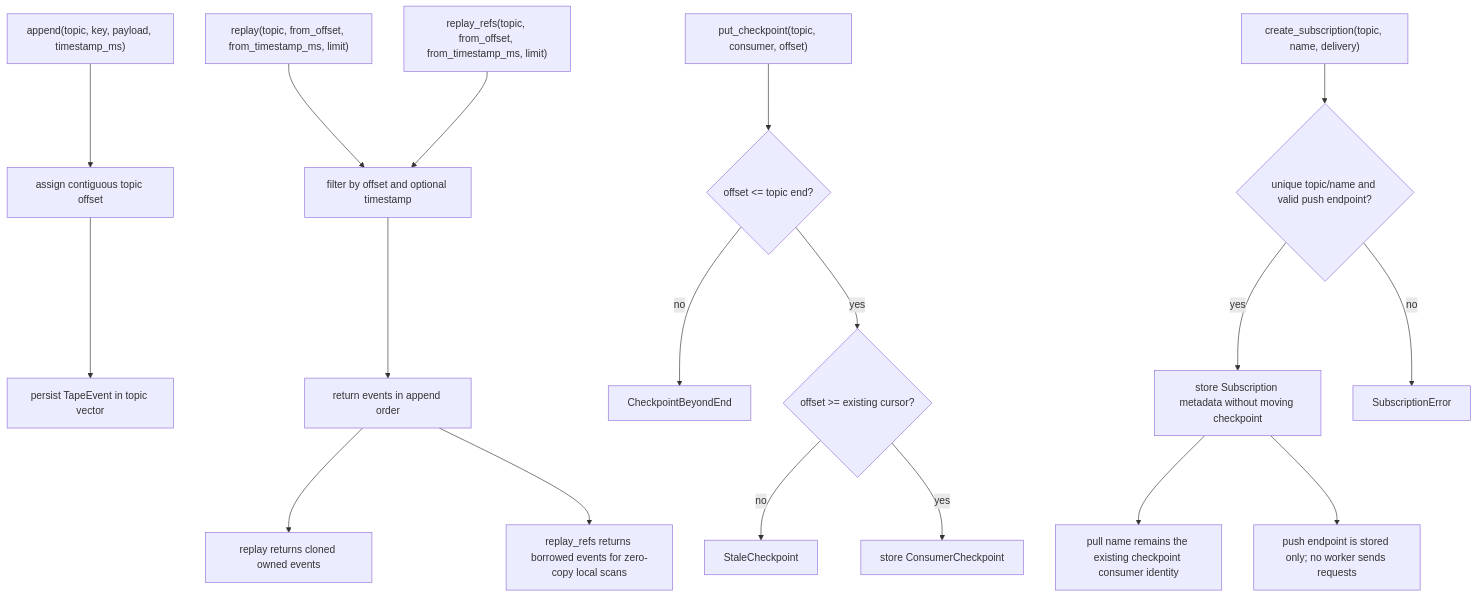
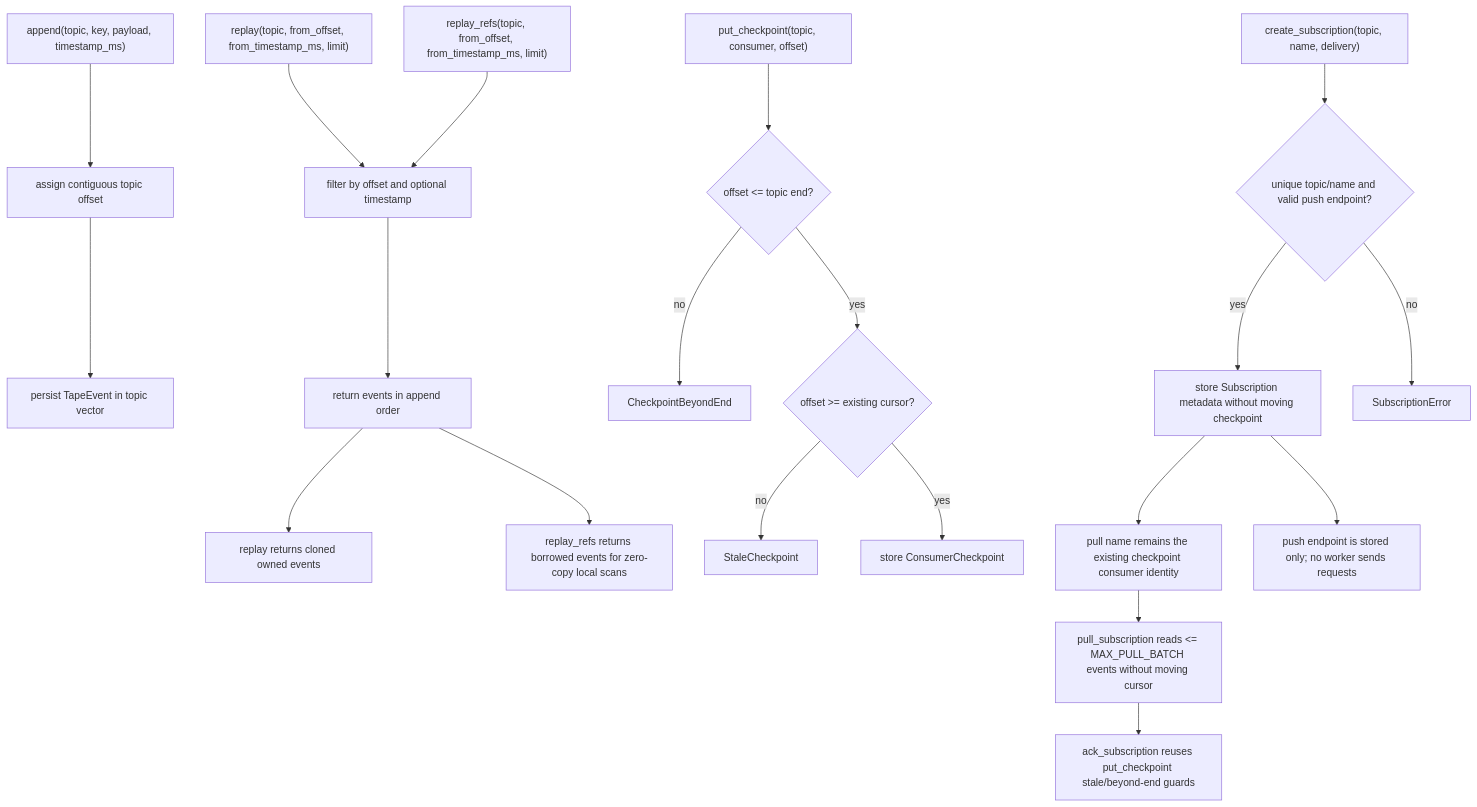
One commit to chrischeng-c4/axiom changed the first of 2 diagrams in apps/tape/tech-design/semantic/source/apps-tape-src-lib-rs.md. Above: the diagram before and after it, drawn with Mermaid. The commit also changed other lines of this file and 11 other files, not shown here.

````diff
--- a/apps/tape/tech-design/semantic/source/apps-tape-src-lib-rs.md
+++ b/apps/tape/tech-design/semantic/source/apps-tape-src-lib-rs.md
@@ -40,23 +48,25 @@
 ```mermaid
 ---
 id: tape-td-flow
 ---
 flowchart TD
     append["append(topic, key, payload, timestamp_ms)"] --> offset["assign contiguous topic offset"]
     offset --> event["persist TapeEvent in topic vector"]
     replay["replay(topic, from_offset, from_timestamp_ms, limit)"] --> filter["filter by offset and optional timestamp"]
     replay_refs["replay_refs(topic, from_offset, from_timestamp_ms, limit)"] --> filter
     filter --> ordered["return events in append order"]
     ordered --> owned["replay returns cloned owned events"]
     ordered --> borrowed["replay_refs returns borrowed events for zero-copy local scans"]
     checkpoint["put_checkpoint(topic, consumer, offset)"] --> endcheck{"offset <= topic end?"}
     endcheck -->|no| beyond["CheckpointBeyondEnd"]
     endcheck -->|yes| stalecheck{"offset >= existing cursor?"}
     stalecheck -->|no| stale["StaleCheckpoint"]
     stalecheck -->|yes| store["store ConsumerCheckpoint"]
     subscription["create_subscription(topic, name, delivery)"] --> unique{"unique topic/name and valid push endpoint?"}
     unique -->|yes| substore["store Subscription metadata without moving checkpoint"]
     unique -->|no| suberror["SubscriptionError"]
     substore --> pull["pull name remains the existing checkpoint consumer identity"]
     substore --> push["push endpoint is stored only; no worker sends requests"]
+    pull --> batch["pull_subscription reads <= MAX_PULL_BATCH events without moving cursor"]
+    batch --> ack["ack_subscription reuses put_checkpoint stale/beyond-end guards"]
 ```
````
